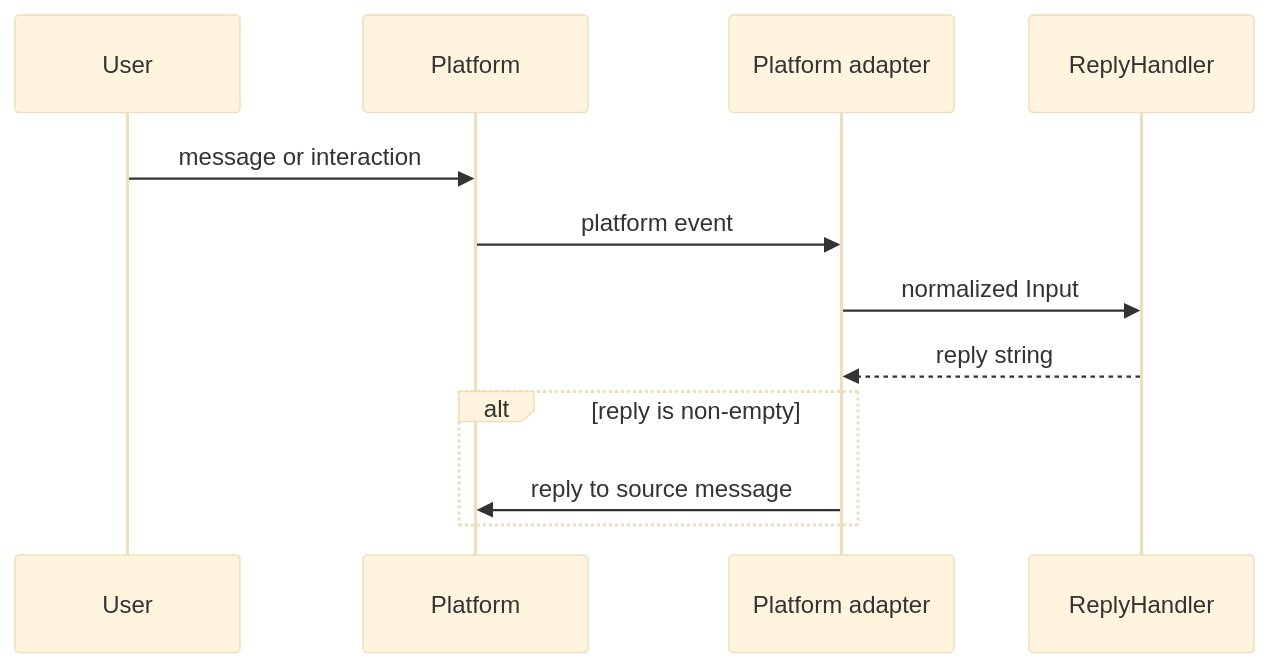
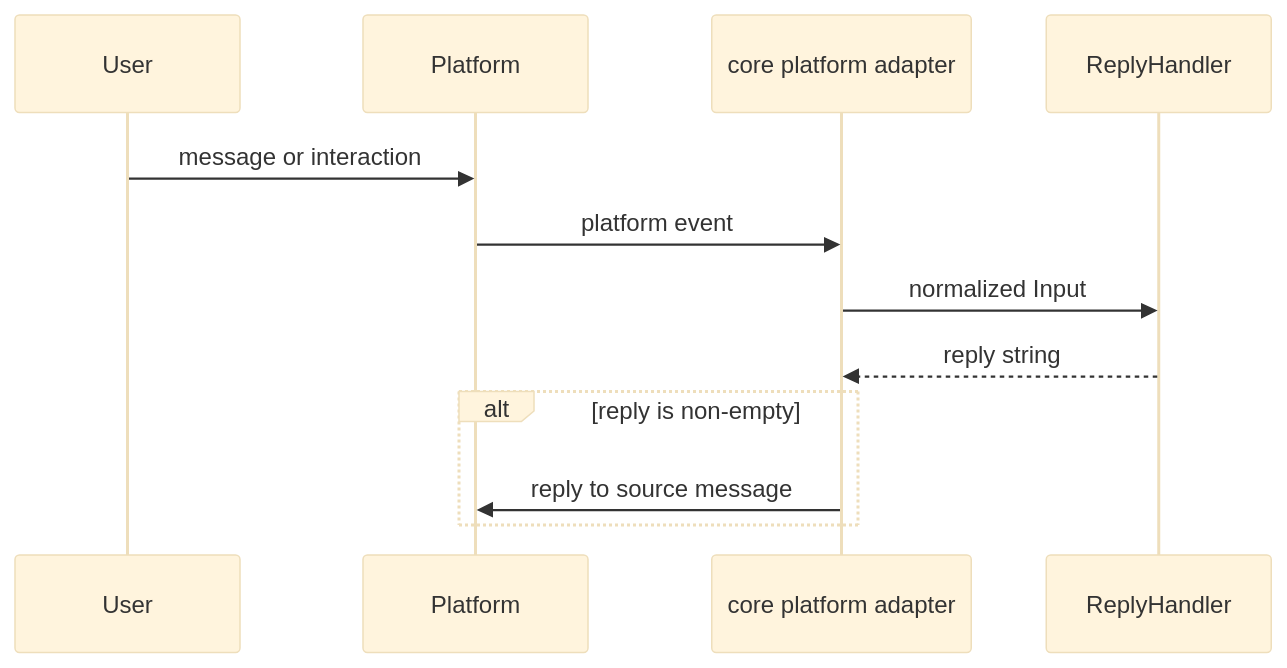
One commit to pardnchiu/go-bot changed the sixth of 7 diagrams in doc/architecture.md. Above: the diagram before and after it, drawn with Mermaid (base theme). The commit also changed other lines of this file and 32 other files, not shown here.

Commit message:
breaking: Move platform packages under core/ and break old import paths

````diff
--- a/doc/architecture.md
+++ b/doc/architecture.md
@@ -87,14 +93,14 @@
 ```mermaid
 sequenceDiagram
     participant User
     participant Platform
-    participant Adapter as Platform adapter
+    participant Adapter as core platform adapter
     participant Handler as ReplyHandler
     User->>Platform: message or interaction
     Platform->>Adapter: platform event
     Adapter->>Handler: normalized Input
     Handler-->>Adapter: reply string
     alt reply is non-empty
         Adapter->>Platform: reply to source message
     end
 ```
````
